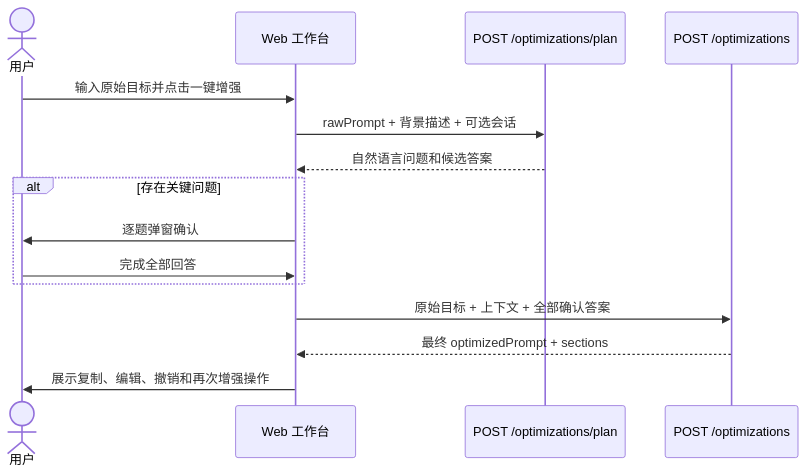
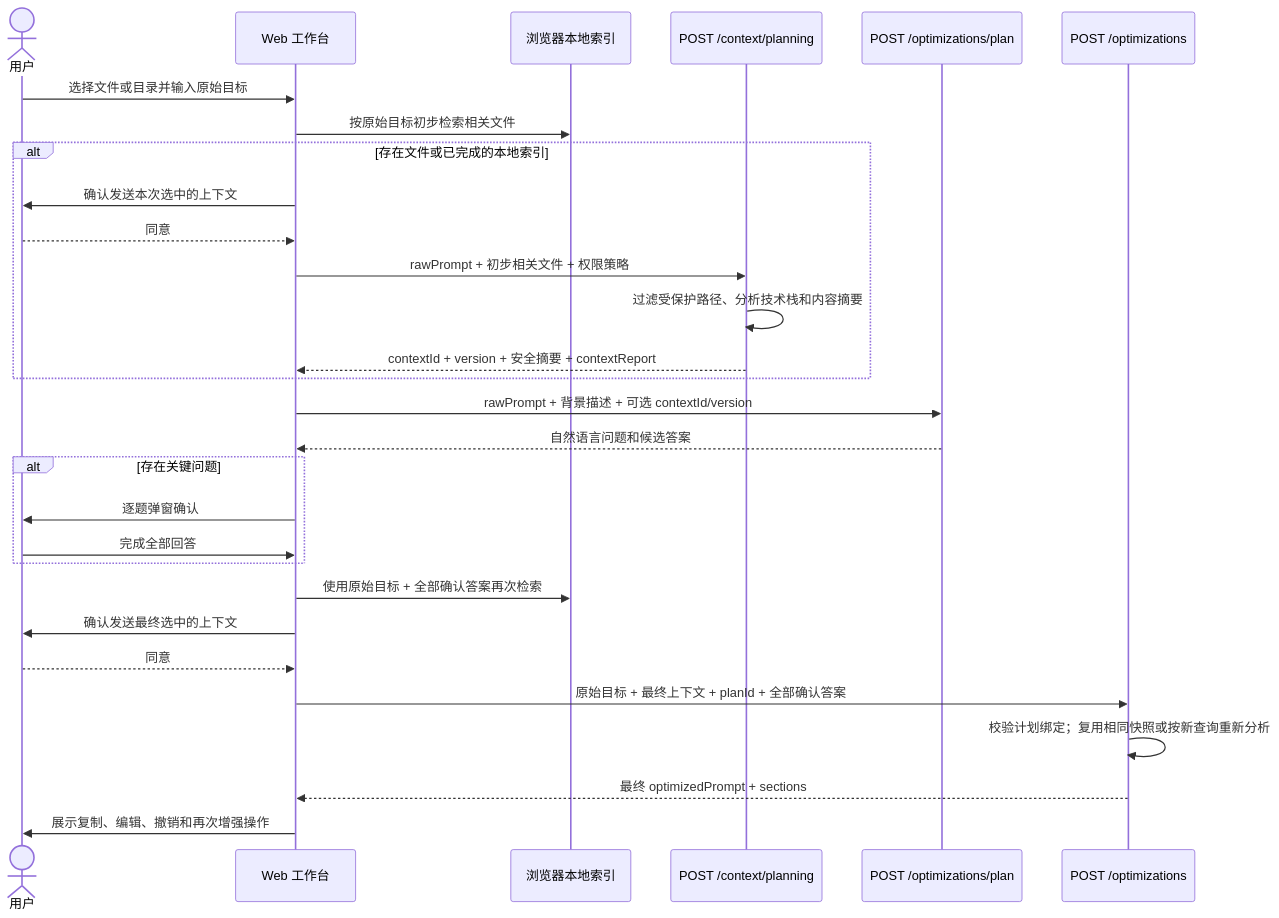
The second of 2 diagrams in docs/12-内置Plan-Mode交互与接口.md (QingNiao0x/prompt-optimizer-platform), drawn with Mermaid before and after one commit. The commit also changed other lines of this file and 35 other files, not shown here.

Commit message:
基于文件上下文生成确认问题并二次检索: 1. 新增短期上下文会话和安全摘要，绑定需求、Plan、上下文版本与确认答案 2. 让计划 Provider 根据技术栈、依赖、目录和文件摘要减少重复提问 3. 用户确认后以原始需求、问题和答案再次检索并分析最终上下文 4. 仅在查询、文件集合和上下文版本一致时复用首次分析快照 5. 补充前端工作台流程、接口契约、教学流程图及单元和端到端测试

````diff
--- a/docs/12-内置Plan-Mode交互与接口.md
+++ b/docs/12-内置Plan-Mode交互与接口.md
@@ -33,18 +61,32 @@
 ```mermaid
 sequenceDiagram
     actor U as 用户
     participant W as Web 工作台
+    participant I as 浏览器本地索引
+    participant C as POST /context/planning
     participant P as POST /optimizations/plan
     participant O as POST /optimizations
 
-    U->>W: 输入原始目标并点击一键增强
-    W->>P: rawPrompt + 背景描述 + 可选会话
+    U->>W: 选择文件或目录并输入原始目标
+    W->>I: 按原始目标初步检索相关文件
+    alt 存在文件或已完成的本地索引
+        W->>U: 确认发送本次选中的上下文
+        U-->>W: 同意
+        W->>C: rawPrompt + 初步相关文件 + 权限策略
+        C->>C: 过滤受保护路径、分析技术栈和内容摘要
+        C-->>W: contextId + version + 安全摘要 + contextReport
+    end
+    W->>P: rawPrompt + 背景描述 + 可选 contextId/version
     P-->>W: 自然语言问题和候选答案
     alt 存在关键问题
         W->>U: 逐题弹窗确认
         U->>W: 完成全部回答
     end
-    W->>O: 原始目标 + 上下文 + 全部确认答案
+    W->>I: 使用原始目标 + 全部确认答案再次检索
+    W->>U: 确认发送最终选中的上下文
+    U-->>W: 同意
+    W->>O: 原始目标 + 最终上下文 + planId + 全部确认答案
+    O->>O: 校验计划绑定；复用相同快照或按新查询重新分析
     O-->>W: 最终 optimizedPrompt + sections
     W->>U: 展示复制、编辑、撤销和再次增强操作
 ```
````
